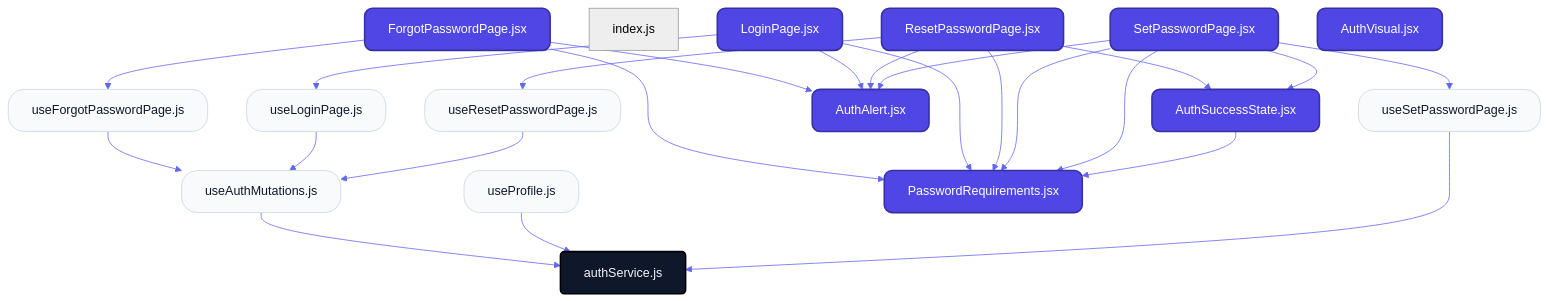
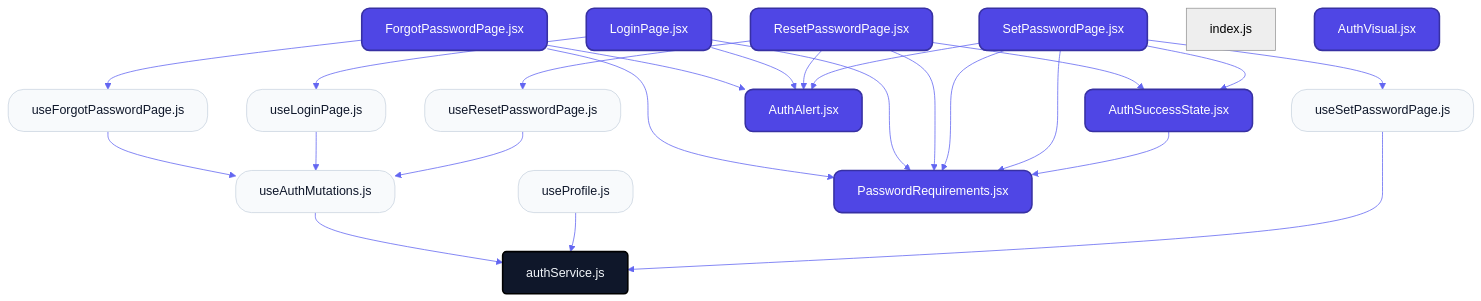
One commit to nexowebai/nexo-superadmin changed the first of 2 diagrams in src/features/auth/README.md. Above: the diagram before and after it, drawn with Mermaid. The commit also changed other lines of this file and 4 other files, not shown here.

````diff
--- a/src/features/auth/README.md
+++ b/src/features/auth/README.md
@@ -12,46 +12,46 @@
 ```mermaid
 %%{init: {'theme': 'neutral', 'themeVariables': { 'fontFamily': 'Inter', 'lineColor': '#6366f1' }}}%%
 graph TD
     classDef page fill:#4f46e5,stroke:#3730a3,stroke-width:2px,color:#fff,rx:10,ry:10;
     classDef hook fill:#f8fafc,stroke:#cbd5e1,stroke-width:1px,color:#0f172a,rx:20,ry:20;
     classDef service fill:#0f172a,stroke:#000,stroke-width:2px,color:#f1f5f9,rx:5,ry:5;
 
     ForgotPasswordPagejsx["ForgotPasswordPage.jsx"]:::page
-    indexjs["index.js"]
     LoginPagejsx["LoginPage.jsx"]:::page
     ResetPasswordPagejsx["ResetPasswordPage.jsx"]:::page
     SetPasswordPagejsx["SetPasswordPage.jsx"]:::page
+    indexjs["index.js"]
     useAuthMutationsjs["useAuthMutations.js"]:::hook
     useForgotPasswordPagejs["useForgotPasswordPage.js"]:::hook
     useLoginPagejs["useLoginPage.js"]:::hook
     useProfilejs["useProfile.js"]:::hook
     useResetPasswordPagejs["useResetPasswordPage.js"]:::hook
     useSetPasswordPagejs["useSetPasswordPage.js"]:::hook
     authServicejs["authService.js"]:::service
     AuthAlertjsx["AuthAlert.jsx"]:::page
     AuthSuccessStatejsx["AuthSuccessState.jsx"]:::page
     AuthVisualjsx["AuthVisual.jsx"]:::page
     PasswordRequirementsjsx["PasswordRequirements.jsx"]:::page
     ForgotPasswordPagejsx --> PasswordRequirementsjsx
     ForgotPasswordPagejsx --> AuthAlertjsx
     ForgotPasswordPagejsx --> useForgotPasswordPagejs
     LoginPagejsx --> PasswordRequirementsjsx
     LoginPagejsx --> AuthAlertjsx
     LoginPagejsx --> useLoginPagejs
     ResetPasswordPagejsx --> PasswordRequirementsjsx
     ResetPasswordPagejsx --> AuthAlertjsx
     ResetPasswordPagejsx --> AuthSuccessStatejsx
     ResetPasswordPagejsx --> useResetPasswordPagejs
     SetPasswordPagejsx --> PasswordRequirementsjsx
     SetPasswordPagejsx --> AuthAlertjsx
     SetPasswordPagejsx --> AuthSuccessStatejsx
     SetPasswordPagejsx --> PasswordRequirementsjsx
     SetPasswordPagejsx --> useSetPasswordPagejs
     useAuthMutationsjs --> authServicejs
     useForgotPasswordPagejs --> useAuthMutationsjs
     useLoginPagejs --> useAuthMutationsjs
     useProfilejs --> authServicejs
     useResetPasswordPagejs --> useAuthMutationsjs
     useSetPasswordPagejs --> authServicejs
     AuthSuccessStatejsx --> PasswordRequirementsjsx
 ```
````
